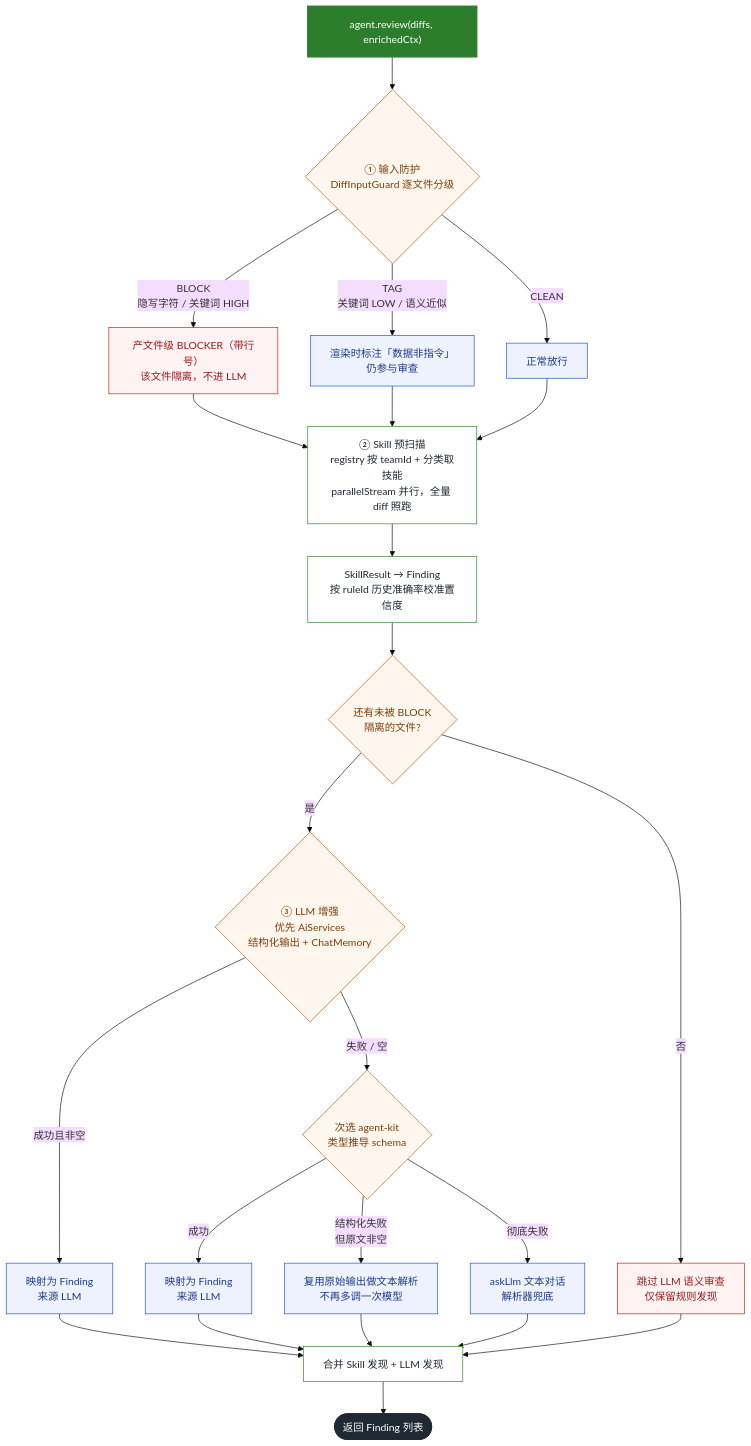
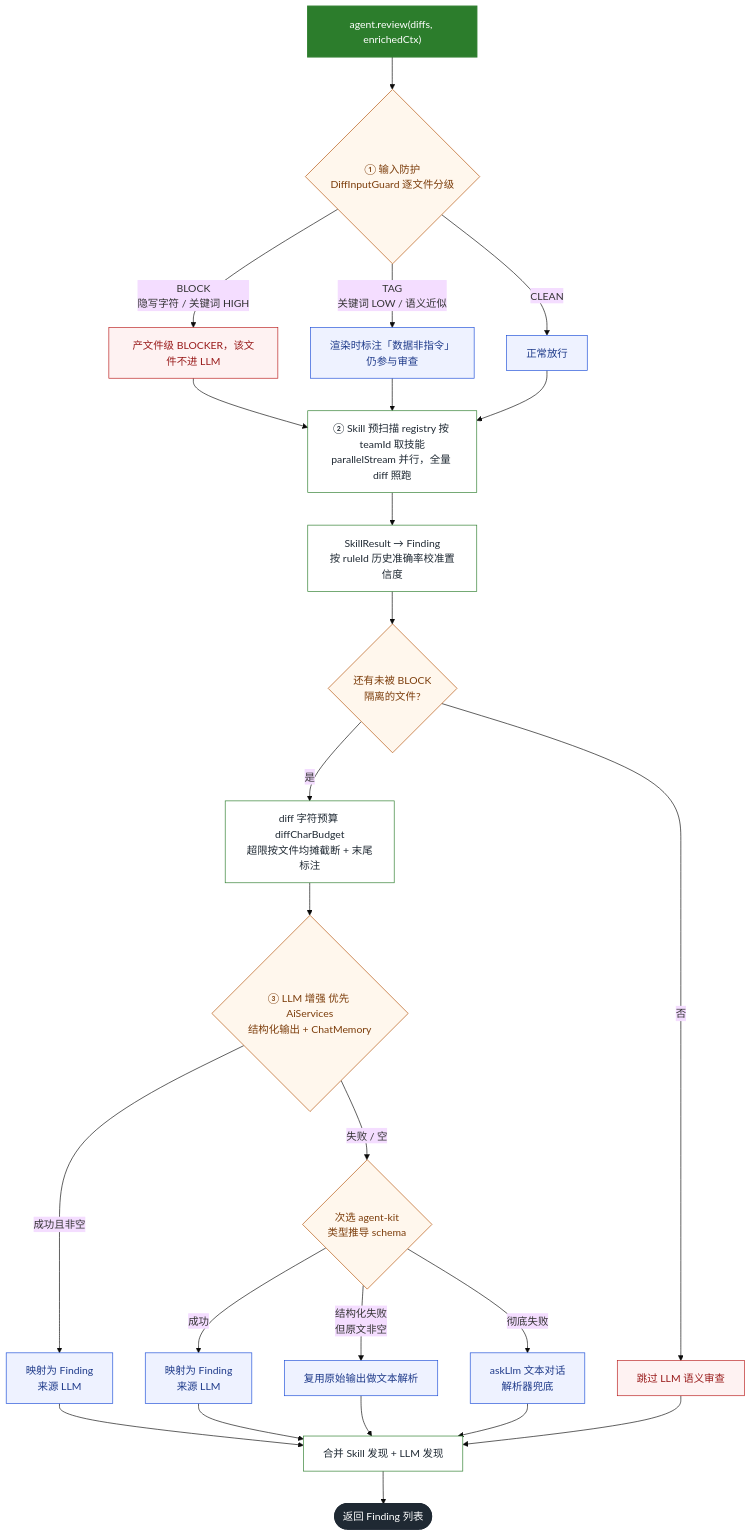
One commit to 13liyunfei/code-review-agent changed the tenth of 16 diagrams in docs/business-flow.md. Above: the diagram before and after it, drawn with Mermaid (base theme). The commit also changed other lines of this file and 14 other files, not shown here.

First line of the commit message:
docs: 图集同步 RAG 加固 / SCA 真实库 / 记忆读侧闭环（13 → 16 张）

````diff
--- a/docs/business-flow.md
+++ b/docs/business-flow.md
@@ -433,44 +655,45 @@
 ```mermaid
 flowchart TD
     A["agent.review(diffs, enrichedCtx)"] --> B{"① 输入防护<br/>DiffInputGuard 逐文件分级"}
 
-    B -->|"BLOCK<br/>隐写字符 / 关键词 HIGH"| B1["产文件级 BLOCKER（带行号）<br/>该文件隔离，不进 LLM"]
+    B -->|"BLOCK<br/>隐写字符 / 关键词 HIGH"| B1["产文件级 BLOCKER，该文件不进 LLM"]
     B -->|"TAG<br/>关键词 LOW / 语义近似"| B2["渲染时标注「数据非指令」<br/>仍参与审查"]
     B -->|"CLEAN"| B3["正常放行"]
 
     B1 --> C
     B2 --> C
     B3 --> C
 
-    C["② Skill 预扫描<br/>registry 按 teamId + 分类取技能<br/>parallelStream 并行，全量 diff 照跑"] --> D["SkillResult → Finding<br/>按 ruleId 历史准确率校准置信度"]
+    C["② Skill 预扫描 registry 按 teamId 取技能<br/>parallelStream 并行，全量 diff 照跑"] --> D["SkillResult → Finding<br/>按 ruleId 历史准确率校准置信度"]
 
     D --> G{"还有未被 BLOCK<br/>隔离的文件?"}
-    G -->|"否"| G0["跳过 LLM 语义审查<br/>仅保留规则发现"]
-    G -->|"是"| H{"③ LLM 增强<br/>优先 AiServices<br/>结构化输出 + ChatMemory"}
+    G -->|"否"| G0["跳过 LLM 语义审查"]
+    G -->|"是"| GB["diff 字符预算 diffCharBudget<br/>超限按文件均摊截断 + 末尾标注"]
+    GB --> H{"③ LLM 增强 优先 AiServices<br/>结构化输出 + ChatMemory"}
     H -->|"成功且非空"| H1["映射为 Finding<br/>来源 LLM"]
 
     H -->|"失败 / 空"| I{"次选 agent-kit<br/>类型推导 schema"}
     I -->|"成功"| I1["映射为 Finding<br/>来源 LLM"]
-    I -->|"结构化失败<br/>但原文非空"| J["复用原始输出做文本解析<br/>不再多调一次模型"]
+    I -->|"结构化失败<br/>但原文非空"| J["复用原始输出做文本解析"]
     I -->|"彻底失败"| K["askLlm 文本对话<br/>解析器兜底"]
 
     H1 --> M
     I1 --> M
     J --> M
     K --> M
     G0 --> M
     M["合并 Skill 发现 + LLM 发现"] --> N(["返回 Finding 列表"])
 
     classDef start fill:#2c7d2c,stroke:#2c7d2c,stroke-width:2px,color:#fff;
     classDef endn fill:#1f2933,stroke:#1f2933,stroke-width:2px,color:#fff;
     classDef proc fill:#FFFFFF,stroke:#2c7d2c,stroke-width:1px,color:#1f2933;
     classDef dec fill:#FFF7ED,stroke:#b45309,stroke-width:1px,color:#7c3d0b;
     classDef short fill:#FEF2F2,stroke:#b91c1c,stroke-width:1px,color:#991b1b;
     classDef llm fill:#EEF2FF,stroke:#1d4ed8,stroke-width:1px,color:#1e3a8a;
     class A start;
     class N endn;
-    class C,D,M proc;
+    class C,D,M,GB proc;
     class B,H,I,G dec;
     class B1,G0 short;
     class B2,B3,H1,I1,J,K llm;
 ```
````
